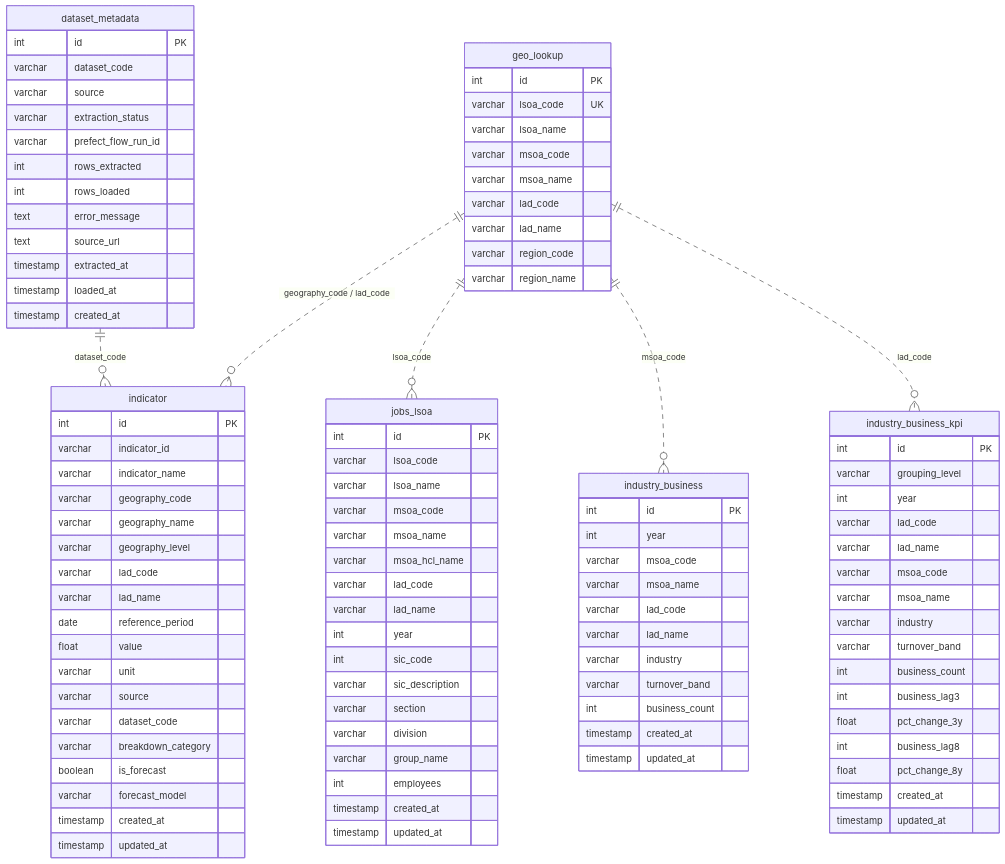
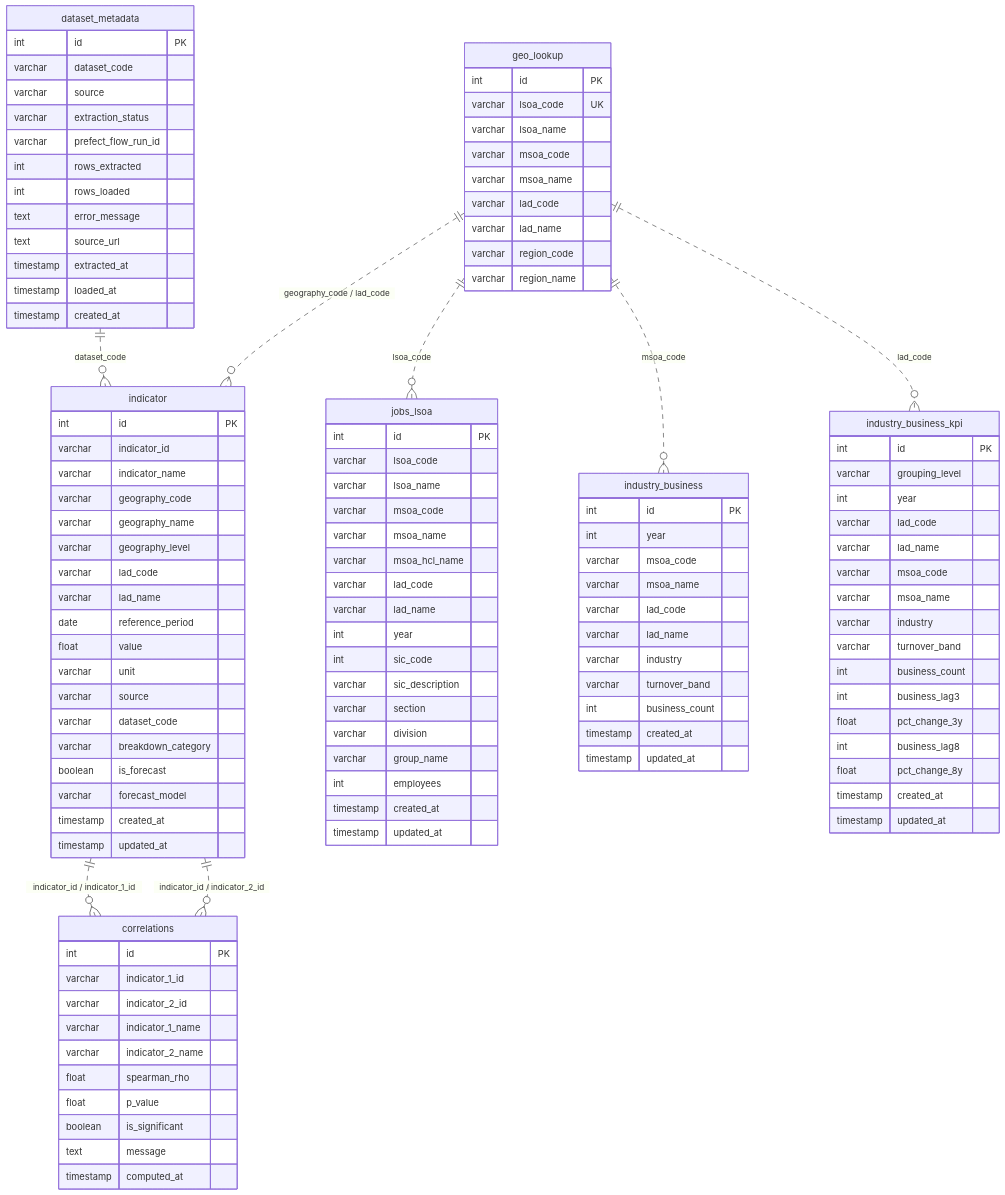
The diagram in docs/reference/entity-relationship-diagram.md (yhoda-project/yhoda-pipeline), drawn with Mermaid before and after one commit. The commit also changed other lines of this file and 2 other files, not shown here.

Commit message:
fix(docs): add correlations table, correct table count to seven, add compute_correlations step (#35)

````diff
--- a/docs/reference/entity-relationship-diagram.md
+++ b/docs/reference/entity-relationship-diagram.md
@@ -109,9 +109,24 @@
     timestamp updated_at
   }
 
+  correlations {
+    int id PK
+    varchar indicator_1_id
+    varchar indicator_2_id
+    varchar indicator_1_name
+    varchar indicator_2_name
+    float spearman_rho
+    float p_value
+    boolean is_significant
+    text message
+    timestamp computed_at
+  }
+
   geo_lookup ||..o{ indicator : "geography_code / lad_code"
   geo_lookup ||..o{ jobs_lsoa : "lsoa_code"
   geo_lookup ||..o{ industry_business : "msoa_code"
   geo_lookup ||..o{ industry_business_kpi : "lad_code"
   dataset_metadata ||..o{ indicator : "dataset_code"
+  indicator ||..o{ correlations : "indicator_id / indicator_1_id"
+  indicator ||..o{ correlations : "indicator_id / indicator_2_id"
 ```
````
